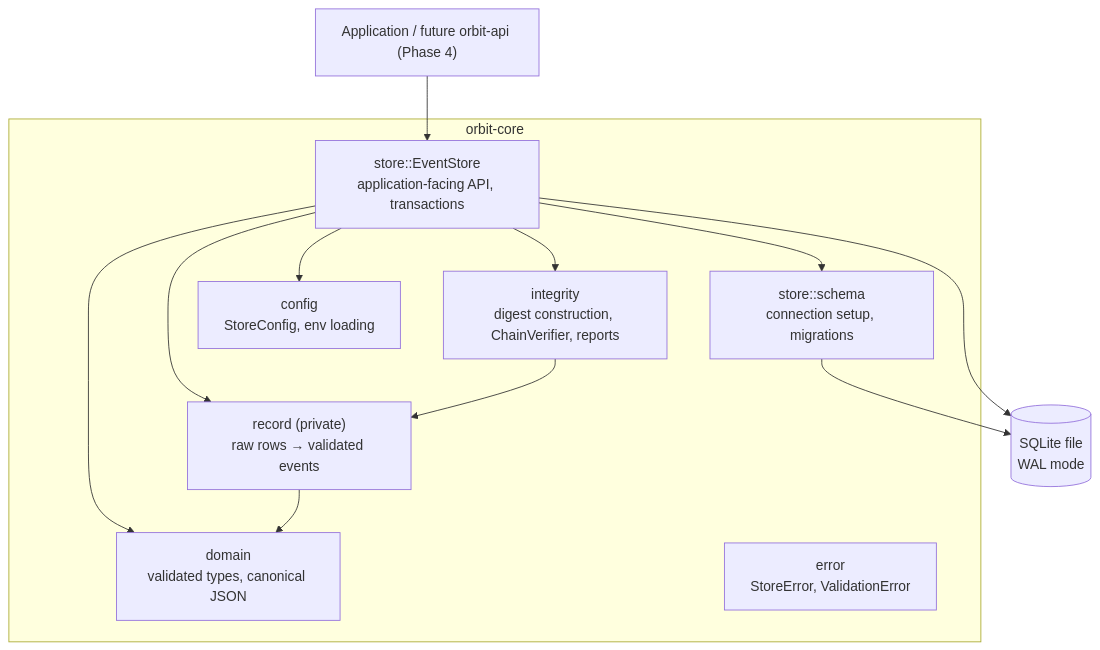
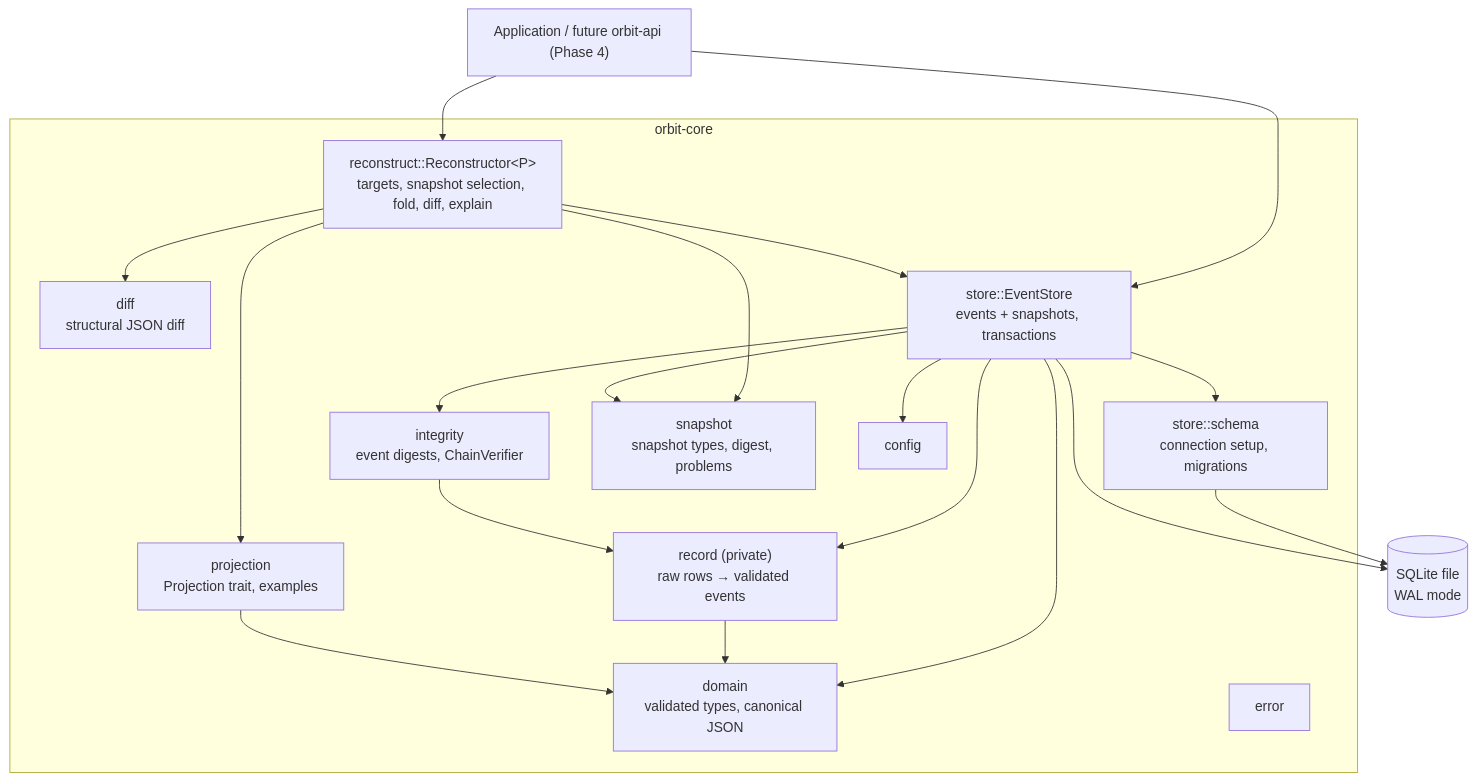
Before and after one commit to soyebmohammad03-dev/orbit: the first of 3 diagrams in docs/ARCHITECTURE.md, drawn with Mermaid. The commit also changed other lines of this file and 31 other files, not shown here.

````diff
--- a/docs/ARCHITECTURE.md
+++ b/docs/ARCHITECTURE.md
@@ -8,25 +10,36 @@
 ```mermaid
 flowchart TB
     caller["Application / future orbit-api (Phase 4)"]
     subgraph orbit-core
-        store["store::EventStore<br/>application-facing API, transactions"]
+        recon["reconstruct::Reconstructor&lt;P&gt;<br/>targets, snapshot selection, fold, diff, explain"]
+        projection["projection<br/>Projection trait, examples"]
+        diff["diff<br/>structural JSON diff"]
+        store["store::EventStore<br/>events + snapshots, transactions"]
         schema["store::schema<br/>connection setup, migrations"]
         domain["domain<br/>validated types, canonical JSON"]
-        integrity["integrity<br/>digest construction, ChainVerifier, reports"]
+        integrity["integrity<br/>event digests, ChainVerifier"]
+        snapshot["snapshot<br/>snapshot types, digest, problems"]
         record["record (private)<br/>raw rows → validated events"]
-        config["config<br/>StoreConfig, env loading"]
-        error["error<br/>StoreError, ValidationError"]
+        config["config"]
+        error["error"]
     end
     sqlite[("SQLite file<br/>WAL mode")]
 
+    caller --> recon
     caller --> store
+    recon --> projection
+    recon --> diff
+    recon --> store
+    recon --> snapshot
     store --> domain
     store --> integrity
+    store --> snapshot
     store --> record
     store --> schema
     schema --> sqlite
     store --> sqlite
     integrity --> record
     record --> domain
+    projection --> domain
     store --> config
 ```
````
